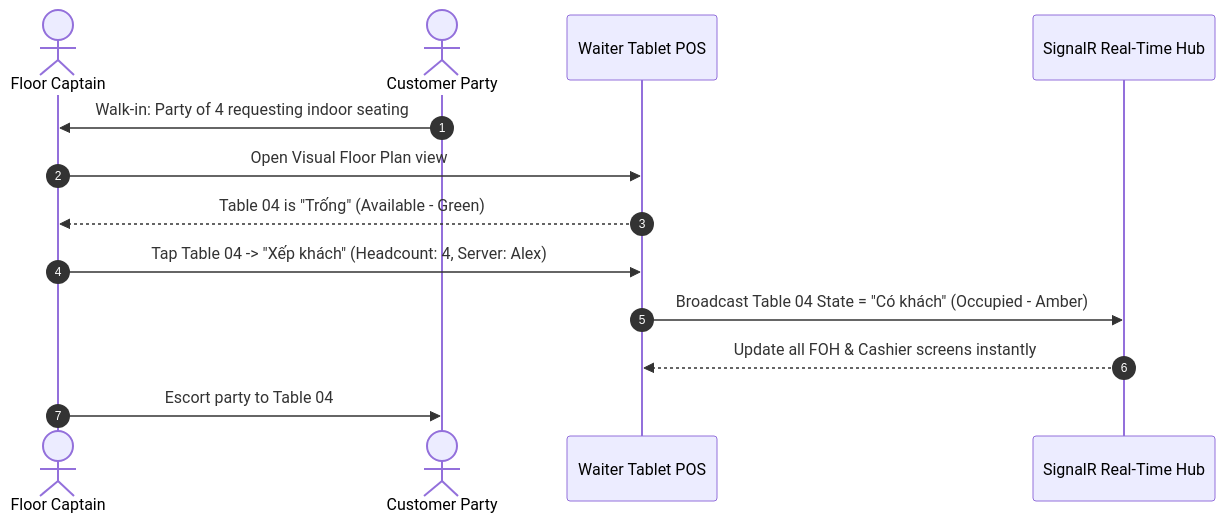
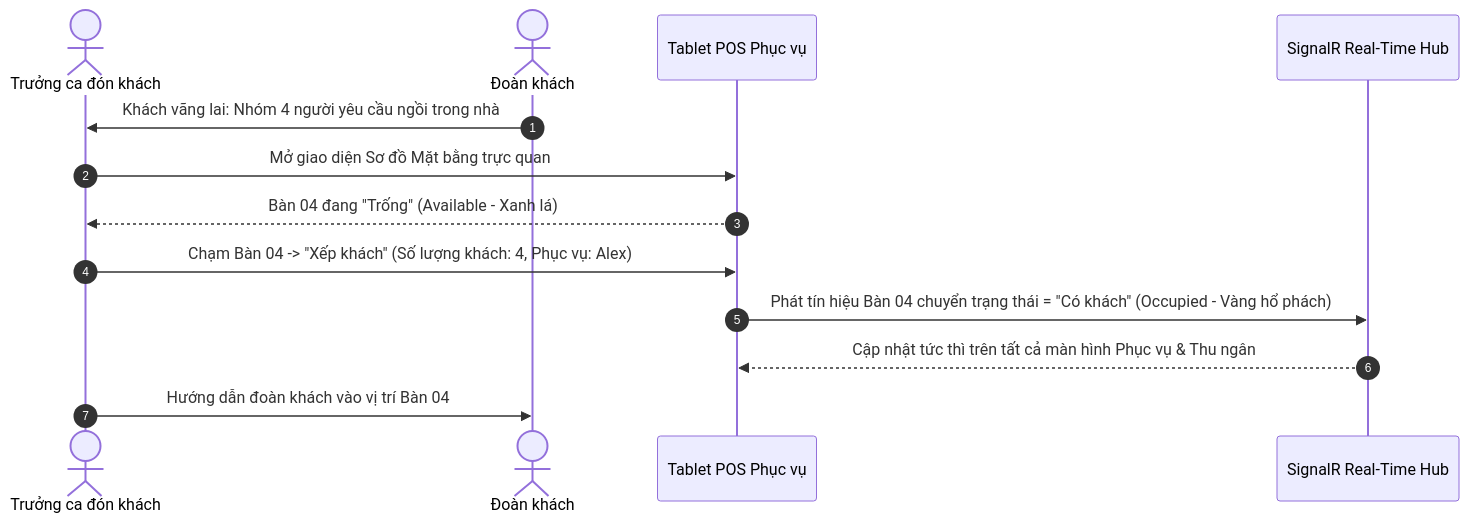
Before and after one commit to dieudoanhut2002/SmartRestaurant: the third of 10 diagrams in docs/product/USER-JOURNEYS.md, drawn with Mermaid. The commit also changed other lines of this file and 40 other files, not shown here.

````diff
--- a/docs/product/USER-JOURNEYS.md
+++ b/docs/product/USER-JOURNEYS.md
@@ -74,16 +74,16 @@
 ```mermaid
 sequenceDiagram
     autonumber
-    actor Host as Floor Captain
-    actor Guest as Customer Party
-    participant POS as Waiter Tablet POS
+    actor Host as Trưởng ca đón khách
+    actor Guest as Đoàn khách
+    participant POS as Tablet POS Phục vụ
     participant Hub as SignalR Real-Time Hub
 
-    Guest->>Host: Walk-in: Party of 4 requesting indoor seating
-    Host->>POS: Open Visual Floor Plan view
-    POS-->>Host: Table 04 is "Trống" (Available - Green)
-    Host->>POS: Tap Table 04 -> "Xếp khách" (Headcount: 4, Server: Alex)
-    POS->>Hub: Broadcast Table 04 State = "Có khách" (Occupied - Amber)
-    Hub-->>POS: Update all FOH & Cashier screens instantly
-    Host->>Guest: Escort party to Table 04
+    Guest->>Host: Khách vãng lai: Nhóm 4 người yêu cầu ngồi trong nhà
+    Host->>POS: Mở giao diện Sơ đồ Mặt bằng trực quan
+    POS-->>Host: Bàn 04 đang "Trống" (Available - Xanh lá)
+    Host->>POS: Chạm Bàn 04 -> "Xếp khách" (Số lượng khách: 4, Phục vụ: Alex)
+    POS->>Hub: Phát tín hiệu Bàn 04 chuyển trạng thái = "Có khách" (Occupied - Vàng hổ phách)
+    Hub-->>POS: Cập nhật tức thì trên tất cả màn hình Phục vụ & Thu ngân
+    Host->>Guest: Hướng dẫn đoàn khách vào vị trí Bàn 04
 ```
````
